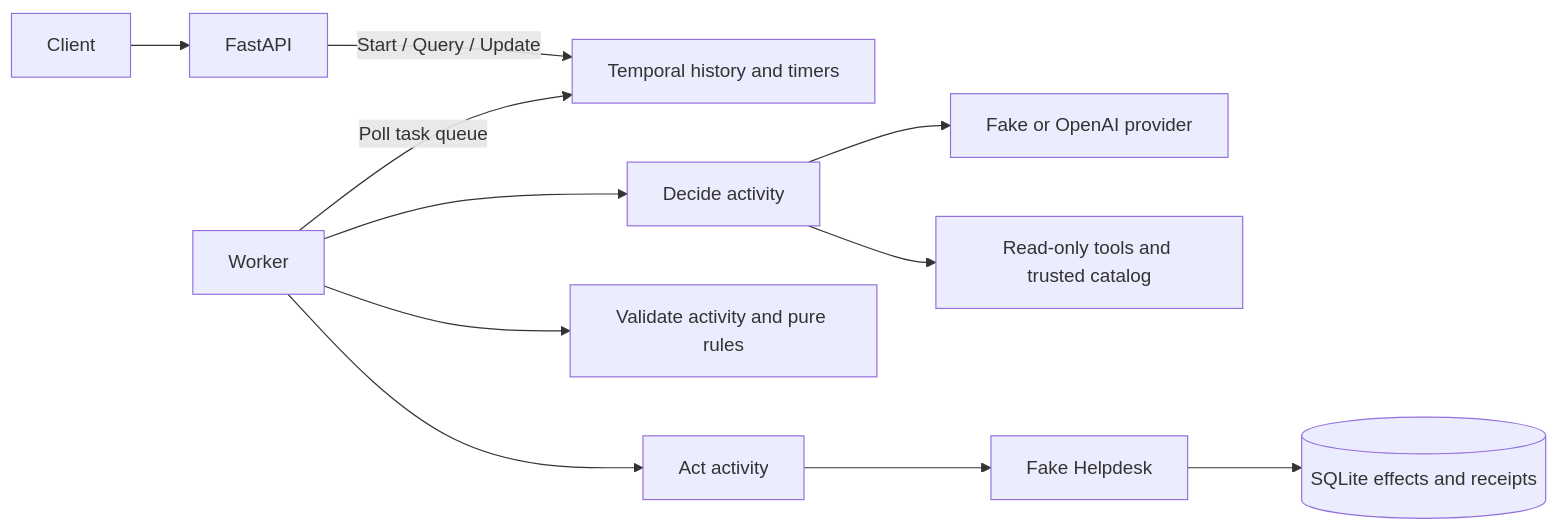
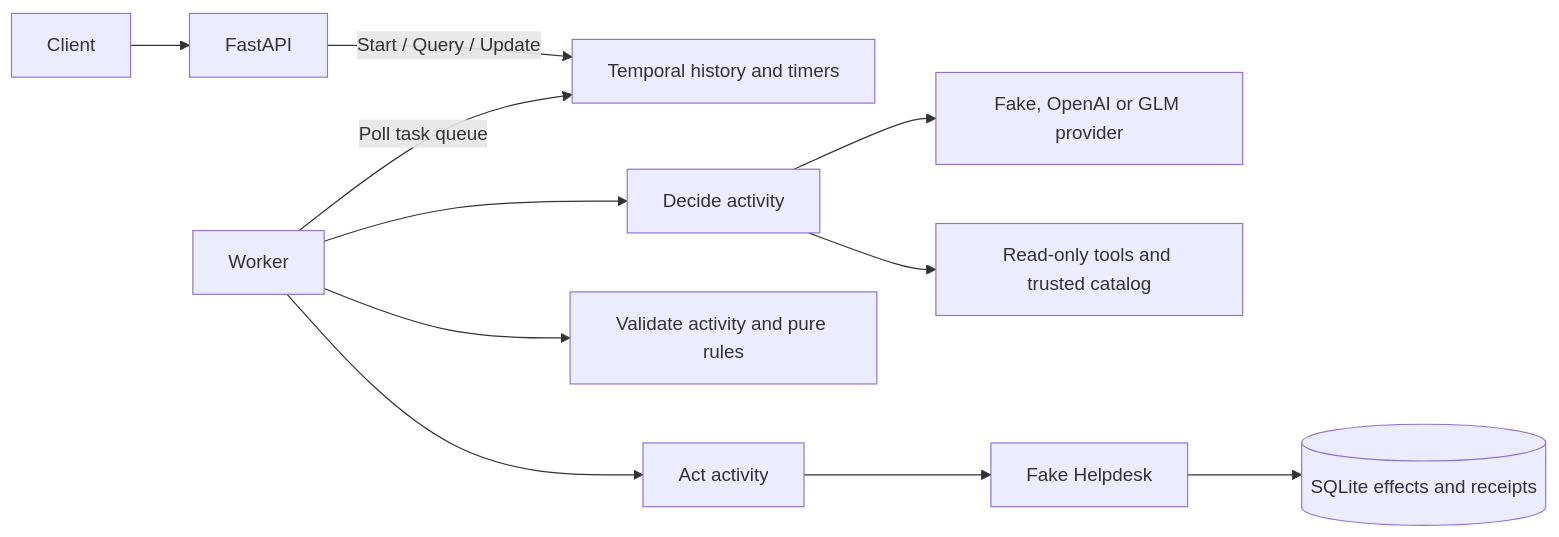
One commit to michalsko20/northdesk-ticket-workflow changed the diagram in README.md. Above: the diagram before and after it, drawn with Mermaid. The commit also changed other lines of this file and 1 other file, not shown here.

Commit message:
docs: describe GLM profile setup and guard final proposal batches

````diff
--- a/README.md
+++ b/README.md
@@ -139,13 +139,13 @@
 ```mermaid
 flowchart LR
     Client --> API[FastAPI]
     API -->|Start / Query / Update| Temporal[Temporal history and timers]
     Worker -->|Poll task queue| Temporal
     Worker --> Decide[Decide activity]
-    Decide --> LLM[Fake or OpenAI provider]
+    Decide --> LLM[Fake, OpenAI or GLM provider]
     Decide --> Tools[Read-only tools and trusted catalog]
     Worker --> Validate[Validate activity and pure rules]
     Worker --> Act[Act activity]
     Act --> Helpdesk[Fake Helpdesk]
     Helpdesk --> DB[(SQLite effects and receipts)]
 ```
````
